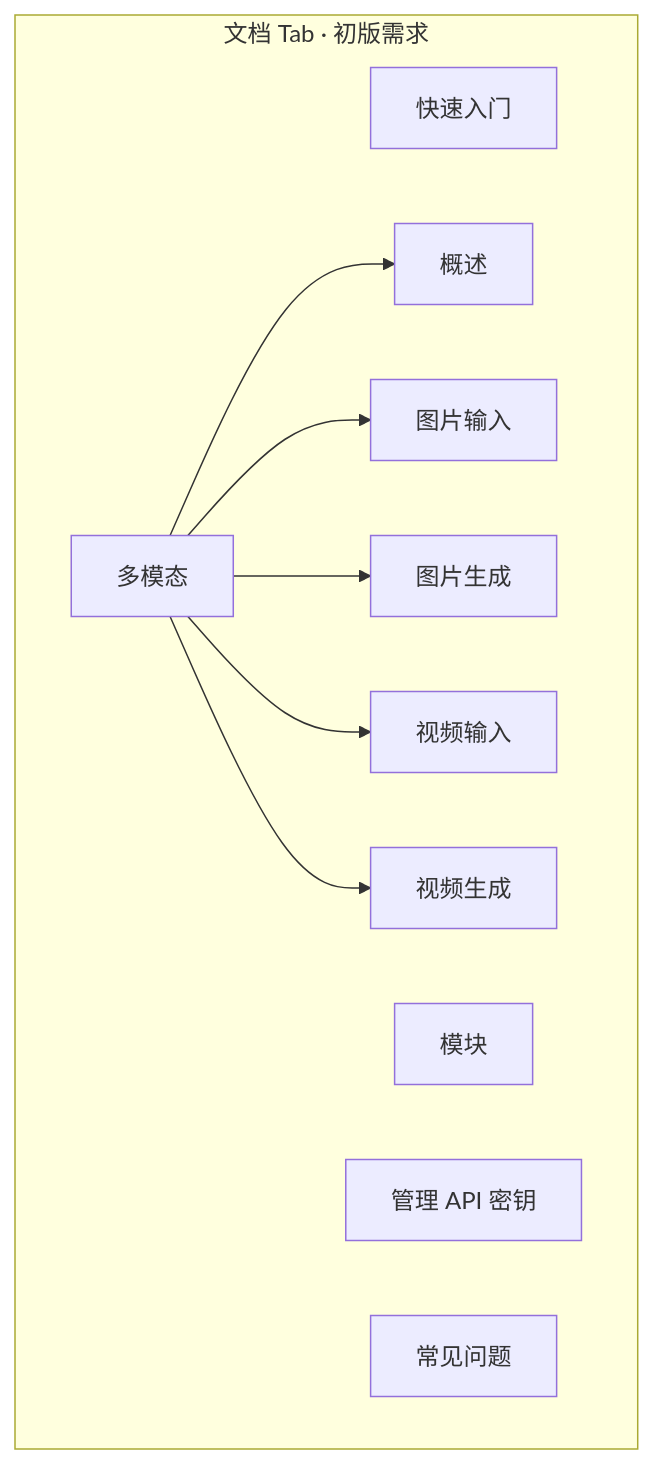
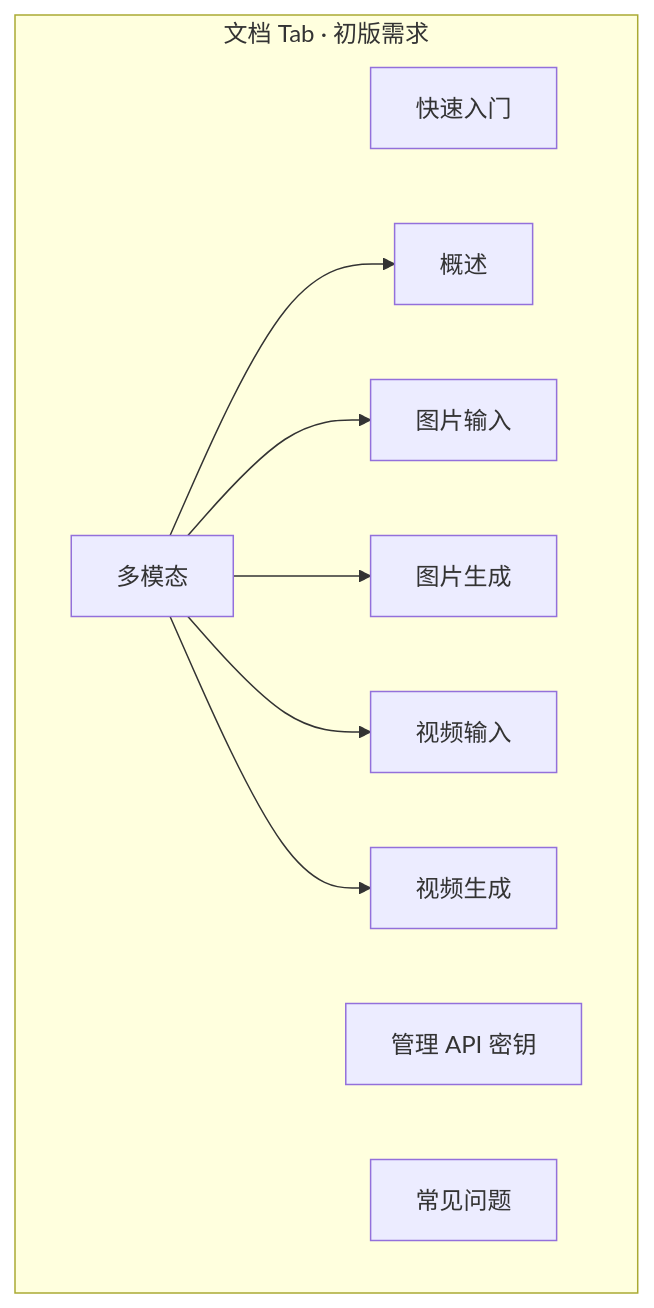
The first of 3 diagrams in apps/trinity-docs/README.md (chenximo/trinity-AI), drawn with Mermaid before and after one commit. The commit also changed other lines of this file and 34 other files, not shown here.

````diff
--- a/apps/trinity-docs/README.md
+++ b/apps/trinity-docs/README.md
@@ -113,15 +112,14 @@
 ```mermaid
 flowchart TB
   subgraph docs_v1["文档 Tab · 初版需求"]
     A1[快速入门]
-    A2[模块]
     M[多模态]
     M --> M1[概述]
     M --> M2[图片输入]
     M --> M3[图片生成]
     M --> M4[视频输入]
     M --> M5[视频生成]
     A3[管理 API 密钥]
     A4[常见问题]
   end
 ```
````
